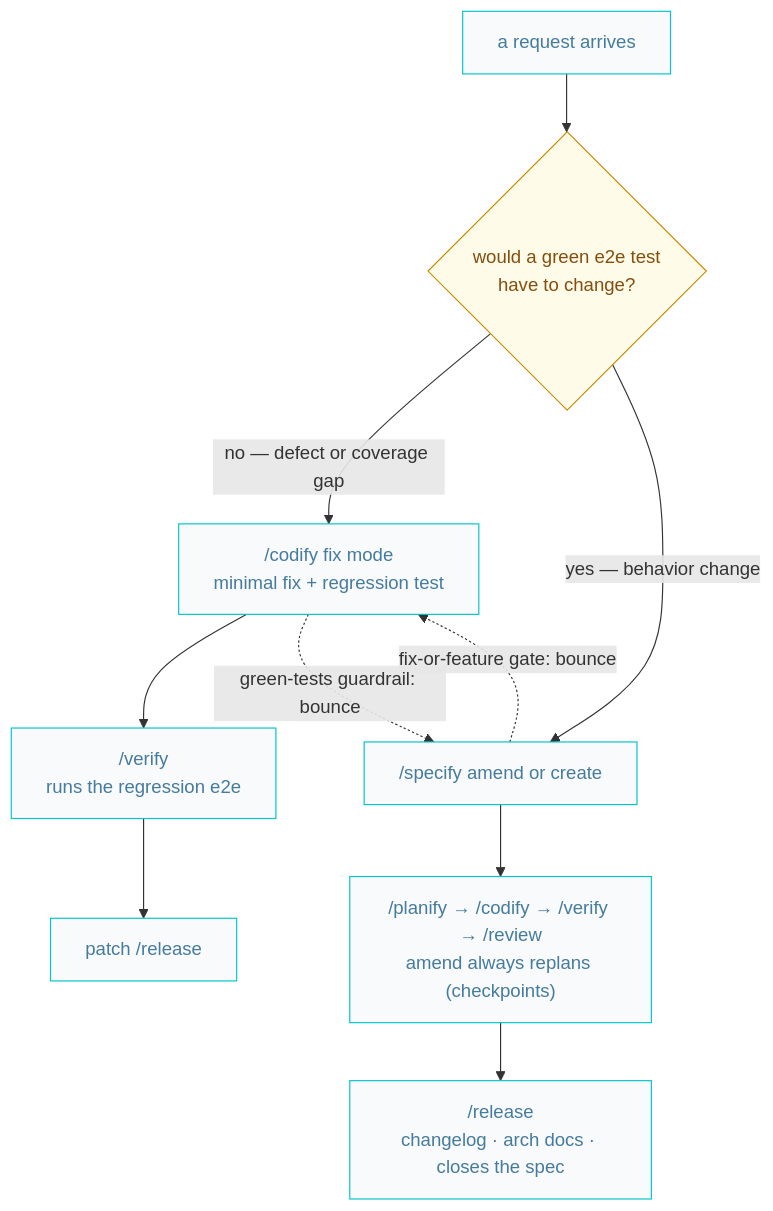
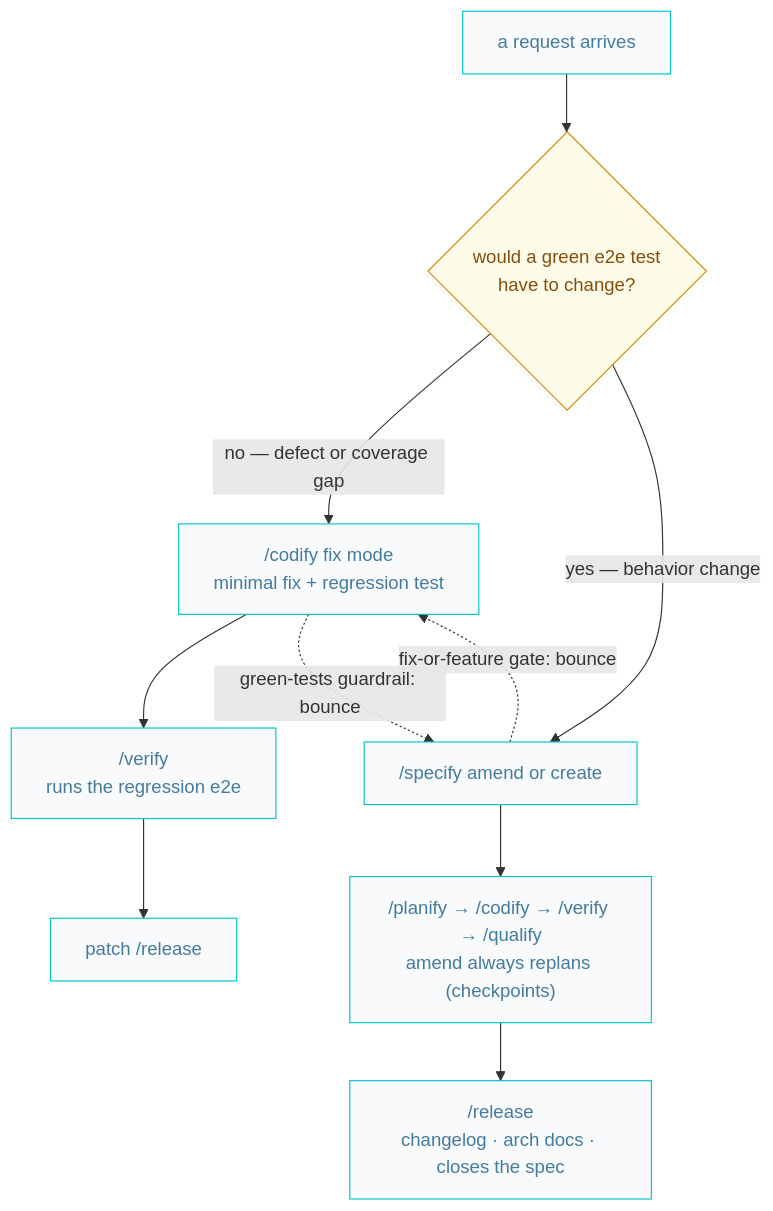
One commit to AIDDbot/AIDDbot changed the seventh of 10 diagrams in docs/AIDD.workflow.md. Above: the diagram before and after it, drawn with Mermaid. The commit also changed other lines of this file and 28 other files, not shown here.

````diff
--- a/docs/AIDD.workflow.md
+++ b/docs/AIDD.workflow.md
@@ -256,18 +256,18 @@
 ```mermaid
 flowchart TD
   classDef nd fill:#f8fafc,stroke:#00c4cc,color:#457b9d
   classDef q fill:#fefce8,stroke:#ca8a04,color:#854d0e
 
   REQ["a request arrives"]:::nd --> Q{"would a green e2e test<br/>have to change?"}:::q
 
   Q -->|"no — defect or coverage gap"| FIX["/codify fix mode<br/>minimal fix + regression test"]:::nd
   FIX --> VER["/verify<br/>runs the regression e2e"]:::nd
   VER --> PREL["patch /release"]:::nd
 
   Q -->|"yes — behavior change"| SPEC["/specify amend or create"]:::nd
-  SPEC --> PIPE["/planify → /codify → /verify → /review<br/>amend always replans (checkpoints)"]:::nd
+  SPEC --> PIPE["/planify → /codify → /verify → /qualify<br/>amend always replans (checkpoints)"]:::nd
   PIPE --> MREL["/release<br/>changelog · arch docs · closes the spec"]:::nd
 
   SPEC -.fix-or-feature gate: bounce.-> FIX
   FIX -.green-tests guardrail: bounce.-> SPEC
 ```
````
